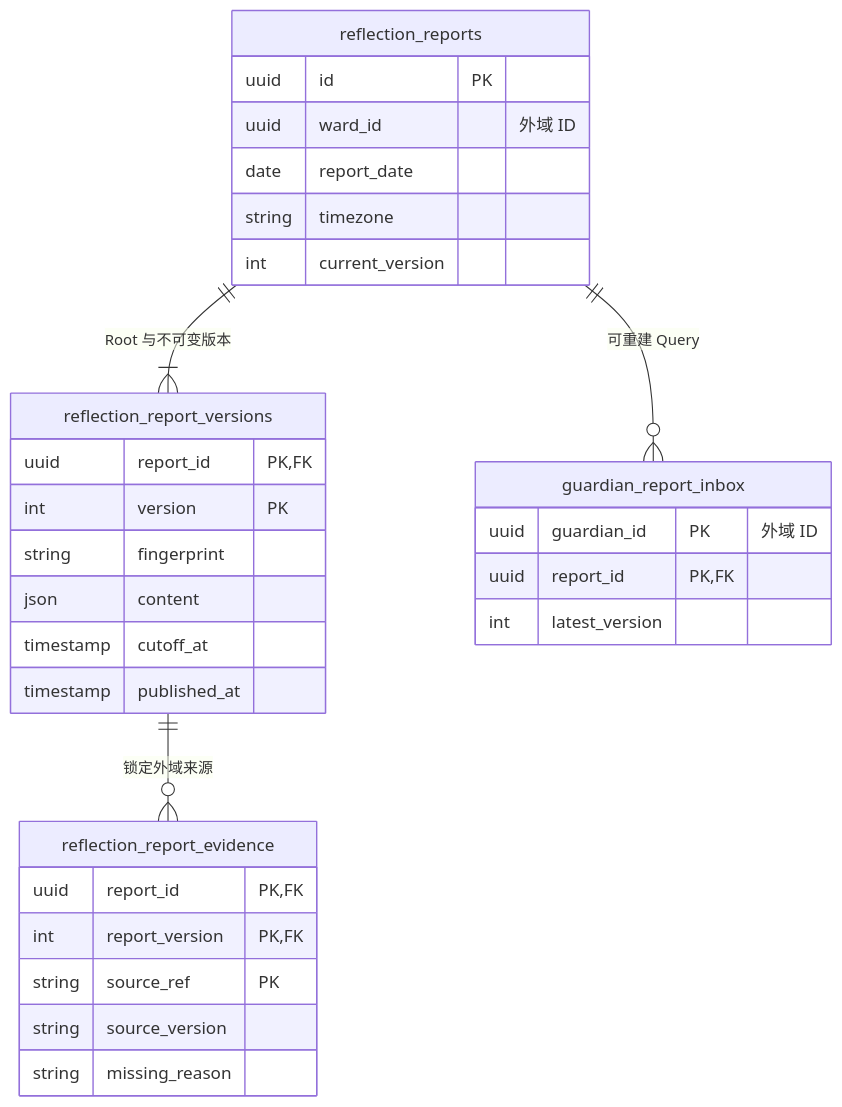
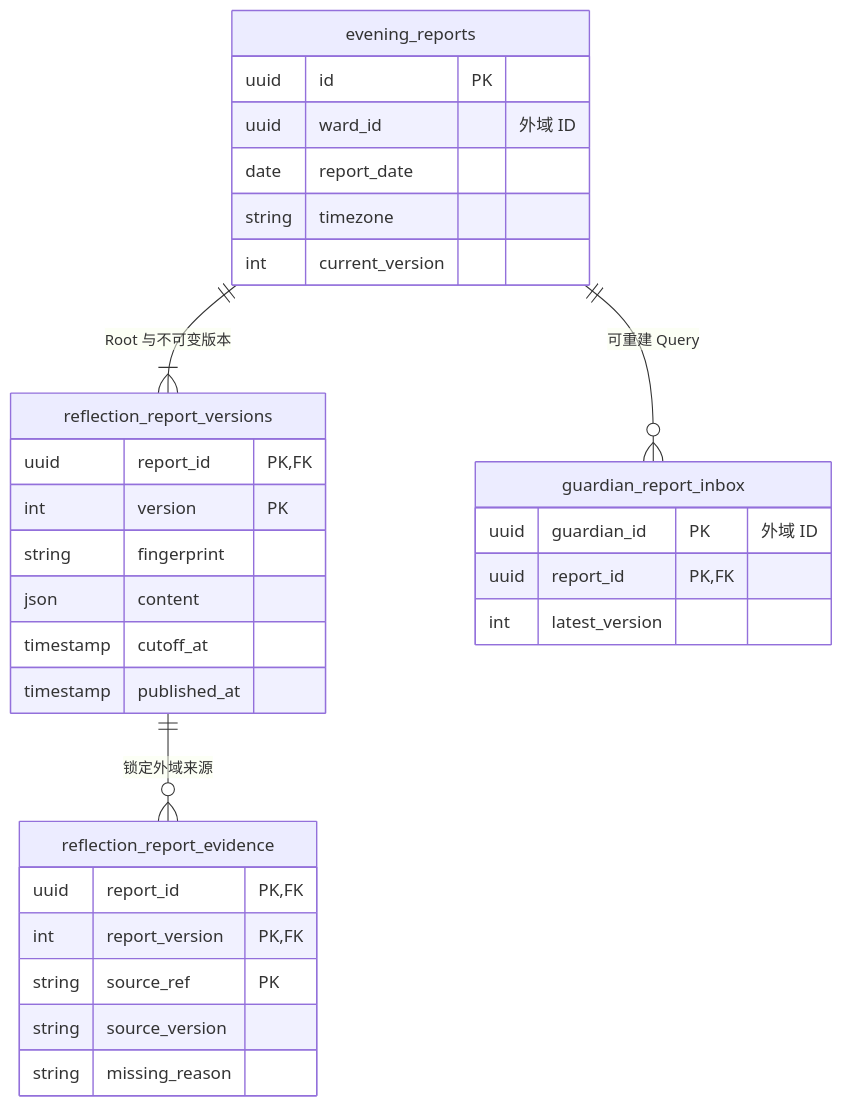
The second of 3 diagrams in docs/technical/domain-evaluation.md (johanchow/duxue), drawn with Mermaid before and after one commit. The commit also changed other lines of this file and 12 other files, not shown here.

````diff
--- a/docs/technical/domain-evaluation.md
+++ b/docs/technical/domain-evaluation.md
@@ -301,33 +79,33 @@
 ```mermaid
 erDiagram
-    reflection_reports ||--|{ reflection_report_versions : "Root 与不可变版本"
+    evening_reports ||--|{ reflection_report_versions : "Root 与不可变版本"
     reflection_report_versions ||--o{ reflection_report_evidence : "锁定外域来源"
-    reflection_reports ||--o{ guardian_report_inbox : "可重建 Query"
-    reflection_reports {
+    evening_reports ||--o{ guardian_report_inbox : "可重建 Query"
+    evening_reports {
       uuid id PK
       uuid ward_id "外域 ID"
       date report_date
       string timezone
       int current_version
     }
     reflection_report_versions {
       uuid report_id PK,FK
       int version PK
       string fingerprint
       json content
       timestamp cutoff_at
       timestamp published_at
     }
     reflection_report_evidence {
       uuid report_id PK,FK
       int report_version PK,FK
       string source_ref PK
       string source_version
       string missing_reason
     }
     guardian_report_inbox {
       uuid guardian_id PK "外域 ID"
       uuid report_id PK,FK
       int latest_version
     }
 ```
````
